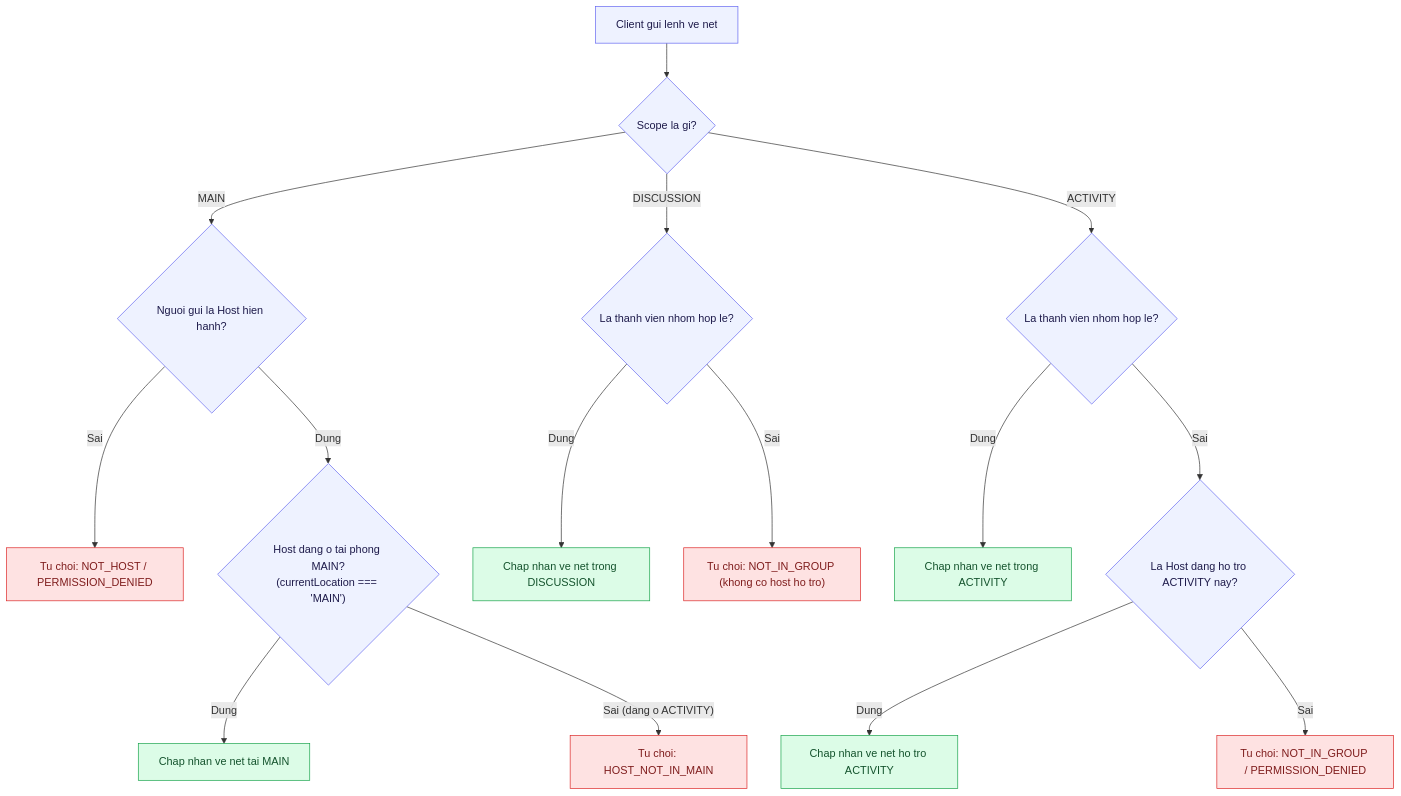
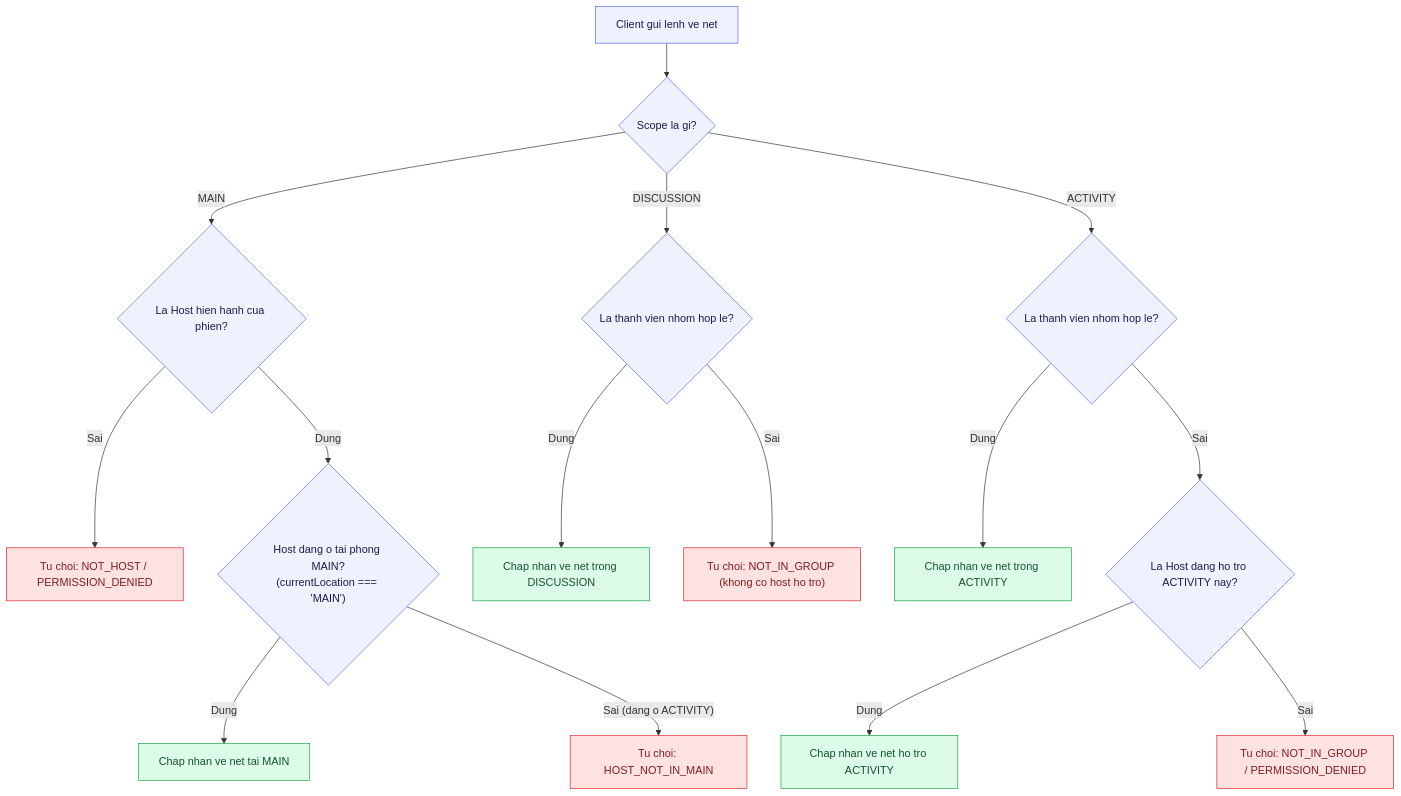
The ninth of 13 diagrams in docs/proposals/m5-board.md (Lightning1507/CoLearnia), drawn with Mermaid before and after one commit. The commit also changed other lines of this file, not shown here.

Commit message:
docs(board): address collaborator review on files schema, sync, permissions, and wbs

````diff
--- a/docs/proposals/m5-board.md
+++ b/docs/proposals/m5-board.md
@@ -728,27 +771,27 @@
 ```mermaid
 flowchart TD
-Start["Client gui lenh ve net"] --> Q1{"Scope la gi?"}
-Q1 -- "MAIN" --> Q2{"Nguoi gui la Host hien hanh?"}
-Q2 -- "Sai" --> DenyMainHost["Tu choi: NOT_HOST / PERMISSION_DENIED"]
-Q2 -- "Dung" --> QLoc{"Host dang o tai phong MAIN?<br/>(currentLocation === 'MAIN')"}
-QLoc -- "Dung" --> AllowMain["Chap nhan ve net tai MAIN"]
-QLoc -- "Sai (dang o ACTIVITY)" --> DenyMainLoc["Tu choi: HOST_NOT_IN_MAIN"]
+  StartDraw["Client gui lenh ve net"] --> QScope{"Scope la gi?"}
+  QScope -- "MAIN" --> QMainHost{"La Host hien hanh cua phien?"}
+  QMainHost -- "Sai" --> DenyMainHost["Tu choi: NOT_HOST / PERMISSION_DENIED"]
+  QMainHost -- "Dung" --> QLoc{"Host dang o tai phong MAIN?<br/>(currentLocation === 'MAIN')"}
+  QLoc -- "Dung" --> AllowMain["Chap nhan ve net tai MAIN"]
+  QLoc -- "Sai (dang o ACTIVITY)" --> DenyMainLoc["Tu choi: HOST_NOT_IN_MAIN"]
 
-Q1 -- "DISCUSSION" --> Q3{"La thanh vien nhom hop le?"}
-Q3 -- "Dung" --> AllowDisc["Chap nhan ve net trong DISCUSSION"]
-Q3 -- "Sai" --> DenyDisc["Tu choi: NOT_IN_GROUP (khong co host ho tro)"]
+  QScope -- "DISCUSSION" --> QDiscMem{"La thanh vien nhom hop le?"}
+  QDiscMem -- "Dung" --> AllowDisc["Chap nhan ve net trong DISCUSSION"]
+  QDiscMem -- "Sai" --> DenyDisc["Tu choi: NOT_IN_GROUP (khong co host ho tro)"]
 
-Q1 -- "ACTIVITY" --> Q4{"La thanh vien nhom hop le?"}
-Q4 -- "Dung" --> AllowAct["Chap nhan ve net trong ACTIVITY"]
-Q4 -- "Sai" --> Q5{"La Host dang ho tro ACTIVITY nay?"}
-Q5 -- "Dung" --> AllowActHelp["Chap nhan ve net ho tro ACTIVITY"]
-Q5 -- "Sai" --> DenyAct["Tu choi: NOT_IN_GROUP / PERMISSION_DENIED"]
+  QScope -- "ACTIVITY" --> QActMem{"La thanh vien nhom hop le?"}
+  QActMem -- "Dung" --> AllowAct["Chap nhan ve net trong ACTIVITY"]
+  QActMem -- "Sai" --> QActHelp{"La Host dang ho tro ACTIVITY nay?"}
+  QActHelp -- "Dung" --> AllowActHelp["Chap nhan ve net ho tro ACTIVITY"]
+  QActHelp -- "Sai" --> DenyAct["Tu choi: NOT_IN_GROUP / PERMISSION_DENIED"]
 
-classDef allow fill:#DCFCE7,stroke:#16A34A,color:#14532D
-classDef deny fill:#FEE2E2,stroke:#DC2626,color:#7F1D1D
-classDef step fill:#EEF2FF,stroke:#6366F1,color:#1E1B4B
+  classDef allow fill:#DCFCE7,stroke:#16A34A,color:#14532D
+  classDef deny fill:#FEE2E2,stroke:#DC2626,color:#7F1D1D
+  classDef step fill:#EEF2FF,stroke:#6366F1,color:#1E1B4B
 
-class Start,Q1,Q2,QLoc,Q3,Q4,Q5 step
-class AllowMain,AllowDisc,AllowAct,AllowActHelp allow
-class DenyMainHost,DenyMainLoc,DenyDisc,DenyAct deny
+  class StartDraw,QScope,QMainHost,QLoc,QDiscMem,QActMem,QActHelp step
+  class AllowMain,AllowDisc,AllowAct,AllowActHelp allow
+  class DenyMainHost,DenyMainLoc,DenyDisc,DenyAct deny
 ```
````
